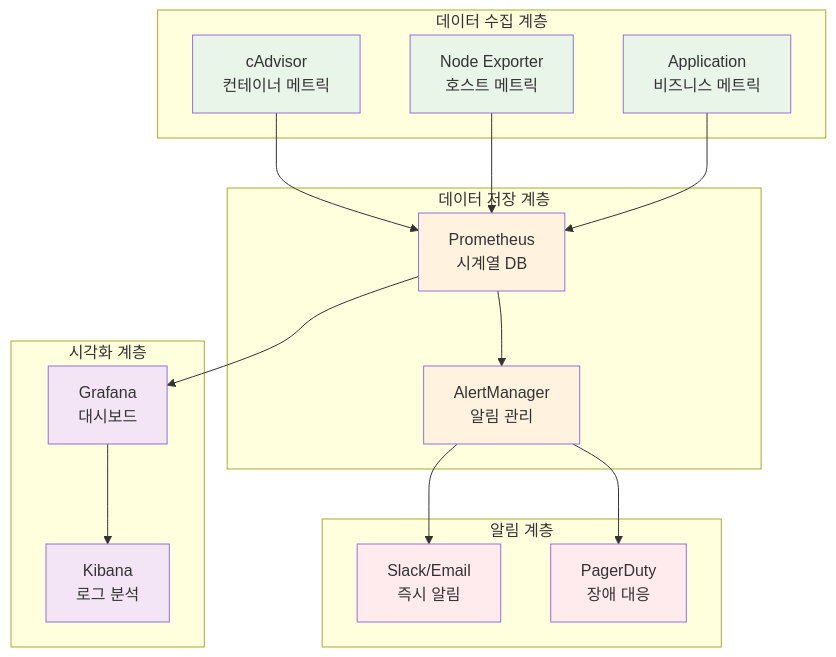
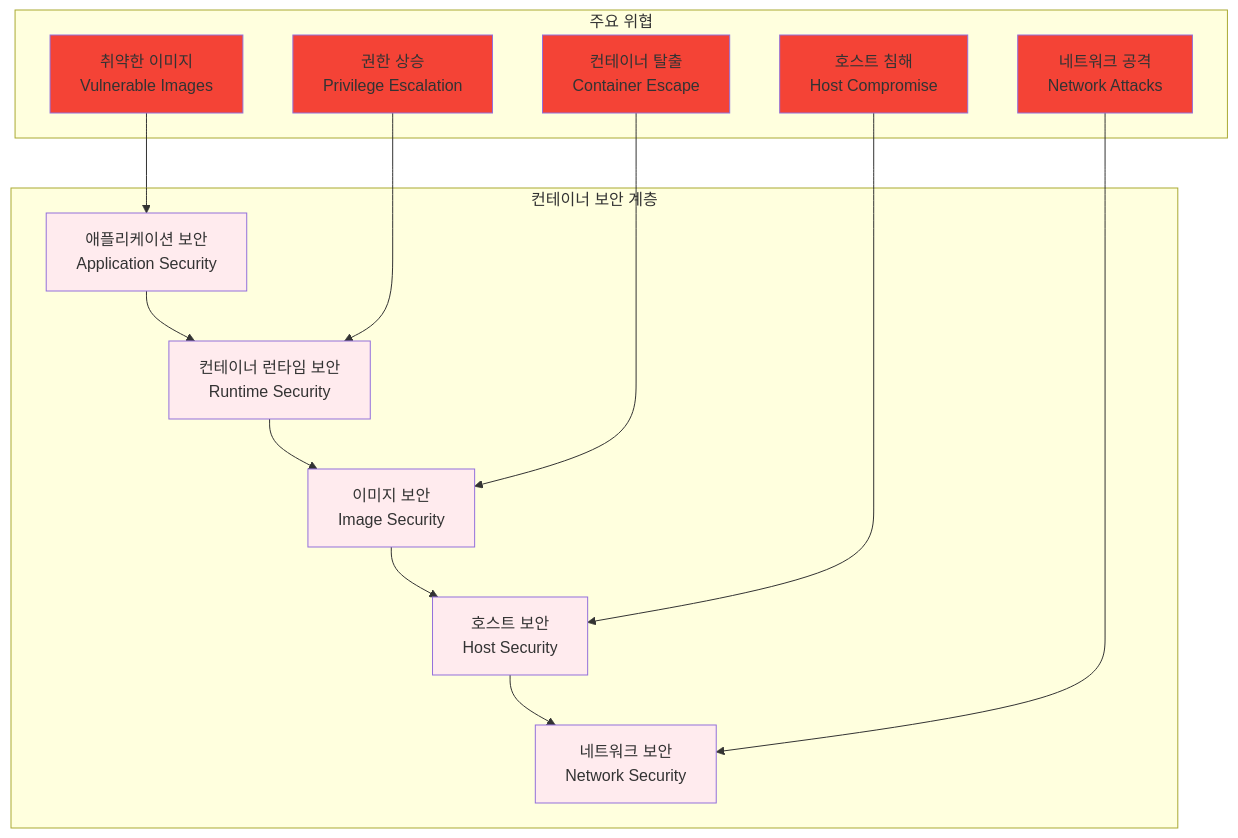
The second of 4 diagrams in theory/week_02/day3/session_1.md (niceguy61/kdt_devops_lecture_2025), drawn with Mermaid before and after one commit. The commit also changed other lines of this file and 68 other files, not shown here.

````diff
--- a/theory/week_02/day3/session_1.md
+++ b/theory/week_02/day3/session_1.md
@@ -53,42 +46,28 @@
 ```mermaid
 graph TB
-    subgraph "데이터 수집 계층"
-        A[cAdvisor<br/>컨테이너 메트릭]
-        B[Node Exporter<br/>호스트 메트릭]
-        C[Application<br/>비즈니스 메트릭]
+    subgraph "컨테이너 보안 계층"
+        A[애플리케이션 보안<br/>Application Security] --> B[컨테이너 런타임 보안<br/>Runtime Security]
+        B --> C[이미지 보안<br/>Image Security]
+        C --> D[호스트 보안<br/>Host Security]
+        D --> E[네트워크 보안<br/>Network Security]
     end
     
-    subgraph "데이터 저장 계층"
-        D[Prometheus<br/>시계열 DB]
-        E[AlertManager<br/>알림 관리]
+    subgraph "주요 위협"
+        F[취약한 이미지<br/>Vulnerable Images] --> A
+        G[권한 상승<br/>Privilege Escalation] --> B
+        H[컨테이너 탈출<br/>Container Escape] --> C
+        I[호스트 침해<br/>Host Compromise] --> D
+        J[네트워크 공격<br/>Network Attacks] --> E
     end
     
-    subgraph "시각화 계층"
-        F[Grafana<br/>대시보드]
-        G[Kibana<br/>로그 분석]
-    end
-    
-    subgraph "알림 계층"
-        H[Slack/Email<br/>즉시 알림]
-        I[PagerDuty<br/>장애 대응]
-    end
-    
-    A --> D
-    B --> D
-    C --> D
-    D --> E
-    D --> F
-    E --> H
-    E --> I
-    F --> G
-    
-    style A fill:#e8f5e8
-    style B fill:#e8f5e8
-    style C fill:#e8f5e8
-    style D fill:#fff3e0
-    style E fill:#fff3e0
-    style F fill:#f3e5f5
-    style G fill:#f3e5f5
-    style H fill:#ffebee
-    style I fill:#ffebee
+    style A fill:#ffebee
+    style B fill:#ffebee
+    style C fill:#ffebee
+    style D fill:#ffebee
+    style E fill:#ffebee
+    style F fill:#f44336
+    style G fill:#f44336
+    style H fill:#f44336
+    style I fill:#f44336
+    style J fill:#f44336
 ```
````
